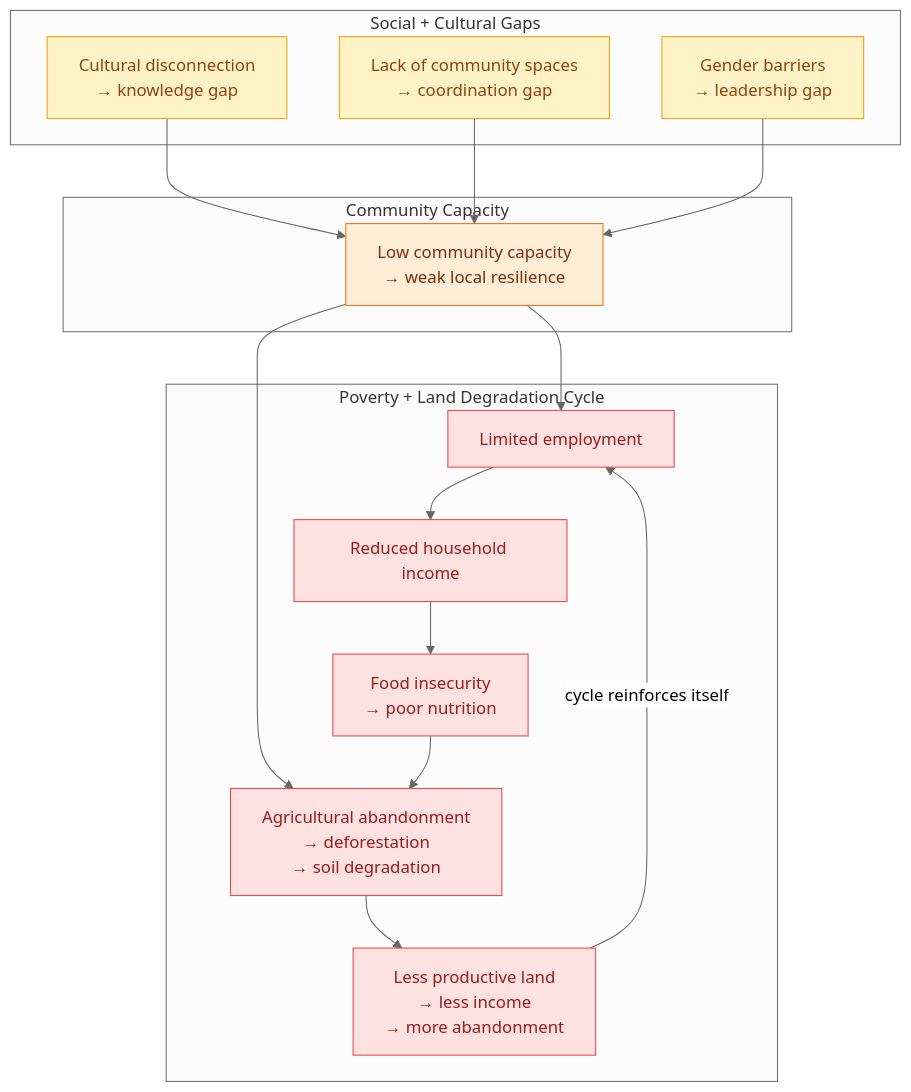
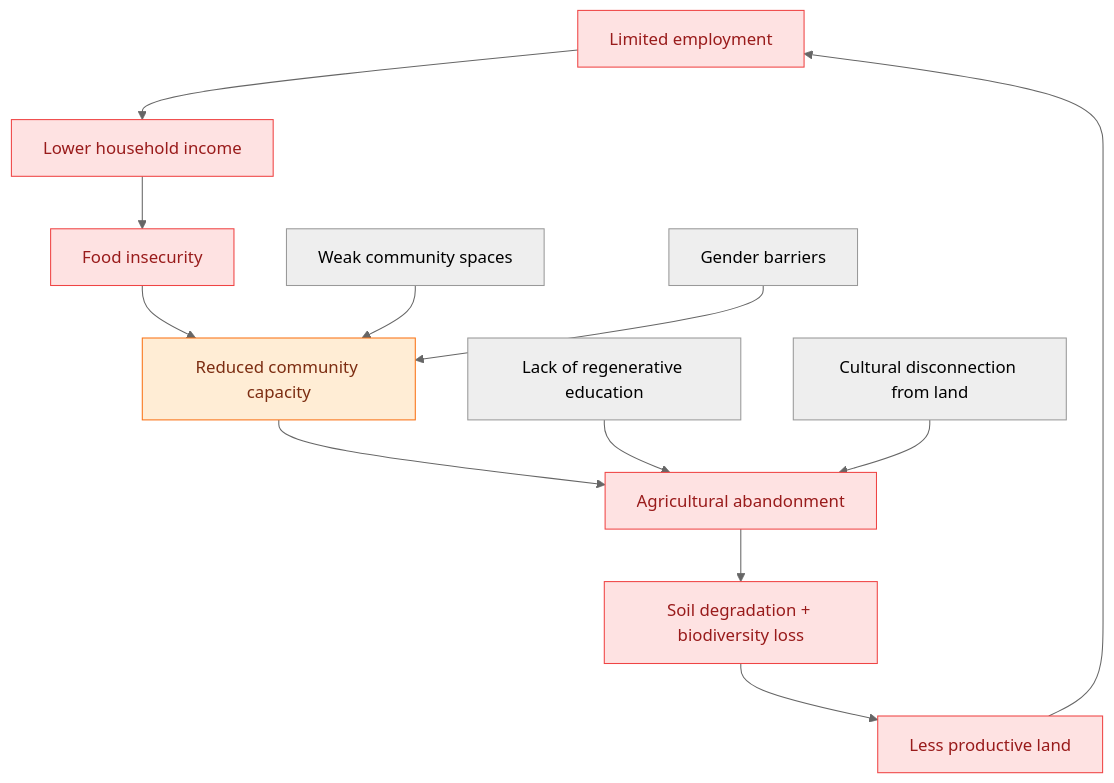
Before and after one commit to wasalo/Kokonut-Public-Site: the first of 2 diagrams in ecosystem-wiki/kokonut-farms/adelphi/problem-and-solution.mdx, drawn with Mermaid (neutral theme). The commit also changed other lines of this file, not shown here.

````diff
--- a/ecosystem-wiki/kokonut-farms/adelphi/problem-and-solution.mdx
+++ b/ecosystem-wiki/kokonut-farms/adelphi/problem-and-solution.mdx
@@ -166,44 +123,23 @@
 ```mermaid
 flowchart TD
-    subgraph SocialGaps["Social + Cultural Gaps"]
-        K["Cultural disconnection\n→ knowledge gap"]
-        L["Lack of community spaces\n→ coordination gap"]
-        M["Gender barriers\n→ leadership gap"]
-    end
+    A["Limited employment"] --> B["Lower household income"]
+    B --> C["Food insecurity"]
+    C --> D["Reduced community capacity"]
+    D --> E["Agricultural abandonment"]
+    E --> F["Soil degradation + biodiversity loss"]
+    F --> G["Less productive land"]
+    G --> A
 
-    subgraph Capacity["Community Capacity"]
-        N["Low community capacity\n→ weak local resilience"]
-    end
-
-    subgraph PovertyCycle["Poverty + Land Degradation Cycle"]
-        A["Limited employment"]
-        B["Reduced household income"]
-        C["Food insecurity\n→ poor nutrition"]
-        D["Agricultural abandonment\n→ deforestation\n→ soil degradation"]
-        E["Less productive land\n→ less income\n→ more abandonment"]
-    end
-
-    K --> N
-    L --> N
-    M --> N
-
-    N --> A
-    N --> D
-
-    A --> B
-    B --> C
-    C --> D
-    D --> E
-    E -->|"cycle reinforces itself"| A
+    H["Lack of regenerative education"] --> E
+    I["Weak community spaces"] --> D
+    J["Gender barriers"] --> D
+    K["Cultural disconnection from land"] --> E
 
     style A fill:#fee2e2,stroke:#ef4444,color:#991b1b
     style B fill:#fee2e2,stroke:#ef4444,color:#991b1b
     style C fill:#fee2e2,stroke:#ef4444,color:#991b1b
-    style D fill:#fee2e2,stroke:#ef4444,color:#991b1b
+    style D fill:#ffedd5,stroke:#f97316,color:#7c2d12
     style E fill:#fee2e2,stroke:#ef4444,color:#991b1b
-
-    style K fill:#fef3c7,stroke:#f59e0b,color:#92400e
-    style L fill:#fef3c7,stroke:#f59e0b,color:#92400e
-    style M fill:#fef3c7,stroke:#f59e0b,color:#92400e
-    style N fill:#ffedd5,stroke:#f97316,color:#7c2d12
+    style F fill:#fee2e2,stroke:#ef4444,color:#991b1b
+    style G fill:#fee2e2,stroke:#ef4444,color:#991b1b
 ```
````
